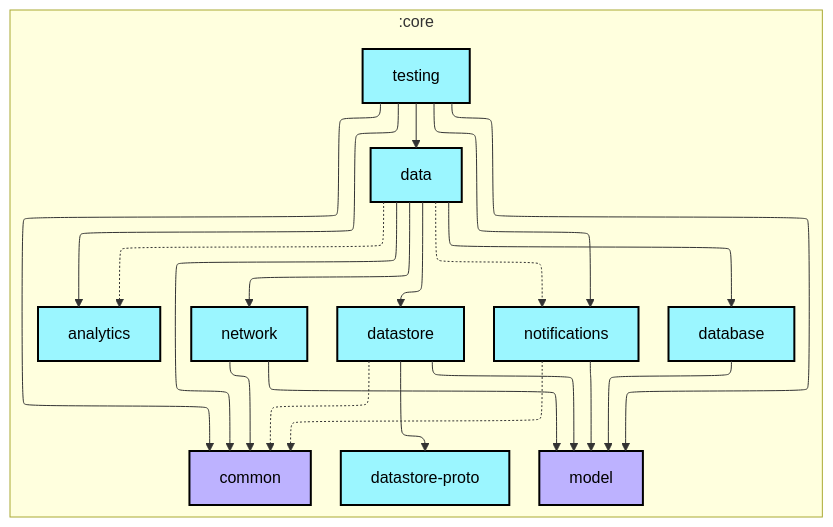
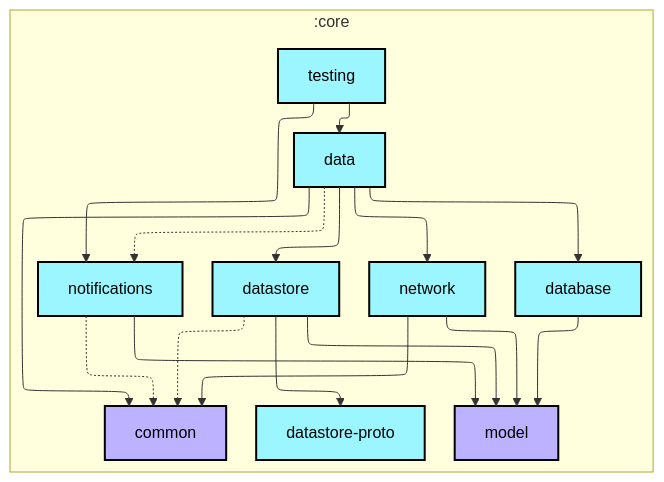
Before and after one commit to AshishMK/JetUpdates: the first of 2 diagrams in core/testing/README.md, drawn with Mermaid. The commit also changed 15 other files, not shown here.

Commit message:
🤖 Updates graphs

````diff
--- a/core/testing/README.md
+++ b/core/testing/README.md
@@ -6,49 +6,44 @@
 ```mermaid
 ---
 config:
   layout: elk
   elk:
     nodePlacementStrategy: SIMPLE
 ---
 graph TB
   subgraph :core
     direction TB
-    :core:analytics[analytics]:::android-library
     :core:common[common]:::jvm-library
     :core:data[data]:::android-library
     :core:database[database]:::android-library
     :core:datastore[datastore]:::android-library
     :core:datastore-proto[datastore-proto]:::android-library
     :core:model[model]:::jvm-library
     :core:network[network]:::android-library
     :core:notifications[notifications]:::android-library
     :core:testing[testing]:::android-library
   end
 
-  :core:data -.-> :core:analytics
   :core:data --> :core:common
   :core:data --> :core:database
   :core:data --> :core:datastore
   :core:data --> :core:network
   :core:data -.-> :core:notifications
   :core:database --> :core:model
   :core:datastore -.-> :core:common
   :core:datastore --> :core:datastore-proto
   :core:datastore --> :core:model
   :core:network --> :core:common
   :core:network --> :core:model
   :core:notifications -.-> :core:common
   :core:notifications --> :core:model
-  :core:testing --> :core:analytics
-  :core:testing --> :core:common
   :core:testing --> :core:data
-  :core:testing --> :core:model
   :core:testing --> :core:notifications
 
 classDef android-application fill:#CAFFBF,stroke:#000,stroke-width:2px,color:#000;
 classDef android-feature fill:#FFD6A5,stroke:#000,stroke-width:2px,color:#000;
 classDef android-library fill:#9BF6FF,stroke:#000,stroke-width:2px,color:#000;
 classDef android-test fill:#A0C4FF,stroke:#000,stroke-width:2px,color:#000;
 classDef jvm-library fill:#BDB2FF,stroke:#000,stroke-width:2px,color:#000;
 classDef unknown fill:#FFADAD,stroke:#000,stroke-width:2px,color:#000;
 ```
````
